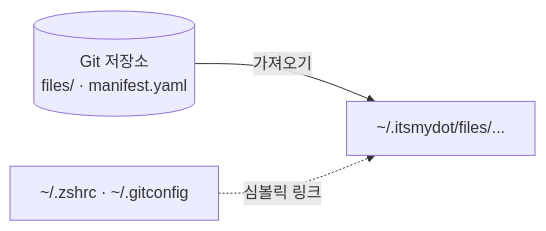
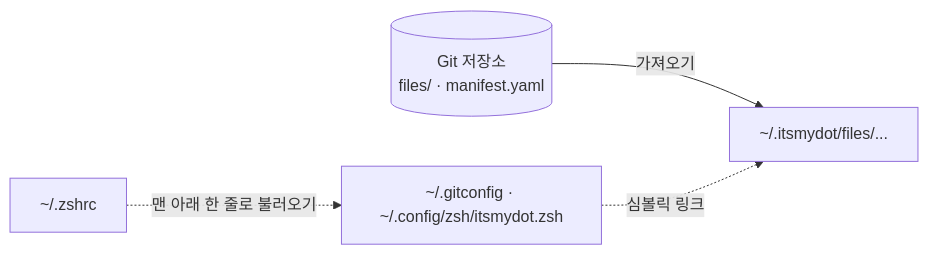
The diagram in README.md (4anghyeon/itsmydot), drawn with Mermaid before and after one commit. The commit also changed other lines of this file and 14 other files, not shown here.

Commit message:
refactor: ~/.zshrc를 덮어쓰지 않고 itsmydot 설정을 한 줄로 불러오기 (#35)

````diff
--- a/README.md
+++ b/README.md
@@ -94,9 +94,11 @@
 ```mermaid
 flowchart LR
     repo[("Git 저장소<br/>files/ · manifest.yaml")]
     copy["~/.itsmydot/files/..."]
-    target["~/.zshrc · ~/.gitconfig"]
+    target["~/.gitconfig · ~/.config/zsh/itsmydot.zsh"]
+    zshrc["~/.zshrc"]
 
     repo -->|"가져오기"| copy
     target -.->|"심볼릭 링크"| copy
+    zshrc -.->|"맨 아래 한 줄로 불러오기"| target
 ```
````
